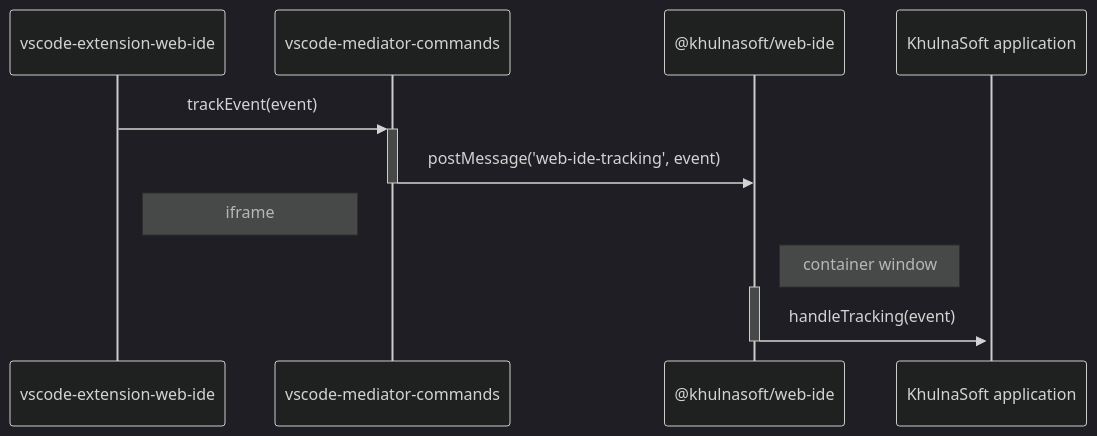
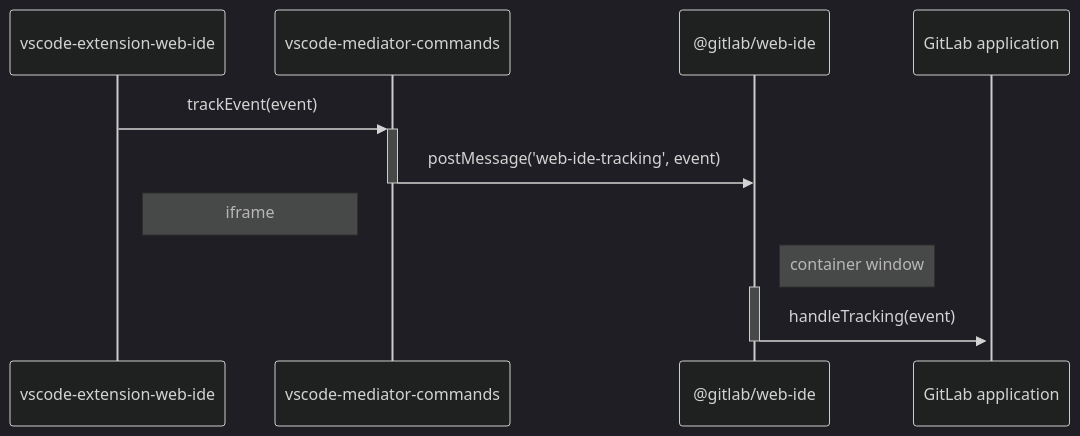
Before and after one commit to khulnasoft-bot/web-ide: the diagram in docs/development/instrumentation.md, drawn with Mermaid (dark theme). The commit also changed other lines of this file and 385 other files, not shown here.

````diff
--- a/docs/development/instrumentation.md
+++ b/docs/development/instrumentation.md
@@ -41,14 +41,14 @@
 ```mermaid
 sequenceDiagram
     participant A as vscode-extension-web-ide
     participant B as vscode-mediator-commands
-    participant C as @khulnasoft/web-ide
-    participant D as KhulnaSoft application
+    participant C as @gitlab/web-ide
+    participant D as GitLab application
     A->>+B: trackEvent(event)
     B->>-C: postMessage('web-ide-tracking', event)
     Note right of A: iframe
     Note right of C: container window
     activate C
     C->>+D: handleTracking(event)
     deactivate C
 ```
````
